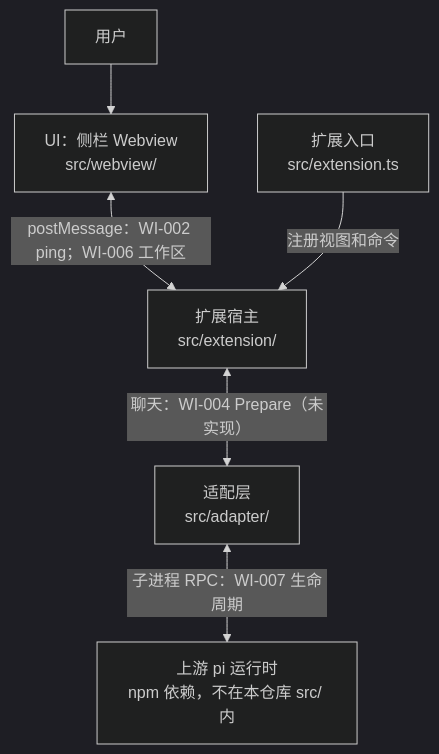
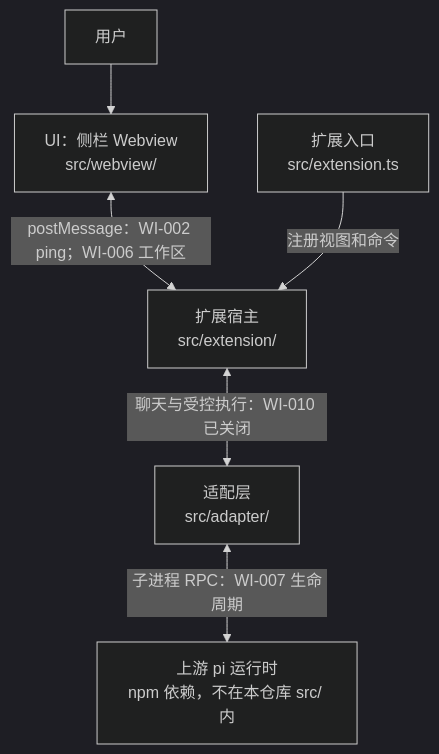
Before and after one commit to Hex4C59/pi-vscode: the diagram in docs/architecture/vscode-extension-architecture.zh.md, drawn with Mermaid (dark theme). The commit also changed other lines of this file and 32 other files, not shown here.

````diff
--- a/docs/architecture/vscode-extension-architecture.zh.md
+++ b/docs/architecture/vscode-extension-architecture.zh.md
@@ -38,8 +38,8 @@
 ```mermaid
 flowchart TD
     U["用户"] --> W["UI：侧栏 Webview<br/>src/webview/"]
     W <-->|"postMessage：WI-002 ping；WI-006 工作区"| H["扩展宿主<br/>src/extension/"]
-    H <-->|"聊天：WI-004 Prepare（未实现）"| A["适配层<br/>src/adapter/"]
+    H <-->|"聊天与受控执行：WI-010 已关闭"| A["适配层<br/>src/adapter/"]
     A <-->|"子进程 RPC：WI-007 生命周期"| P["上游 pi 运行时<br/>npm 依赖，不在本仓库 src/ 内"]
     E["扩展入口<br/>src/extension.ts"] -->|"注册视图和命令"| H
 ```
````
